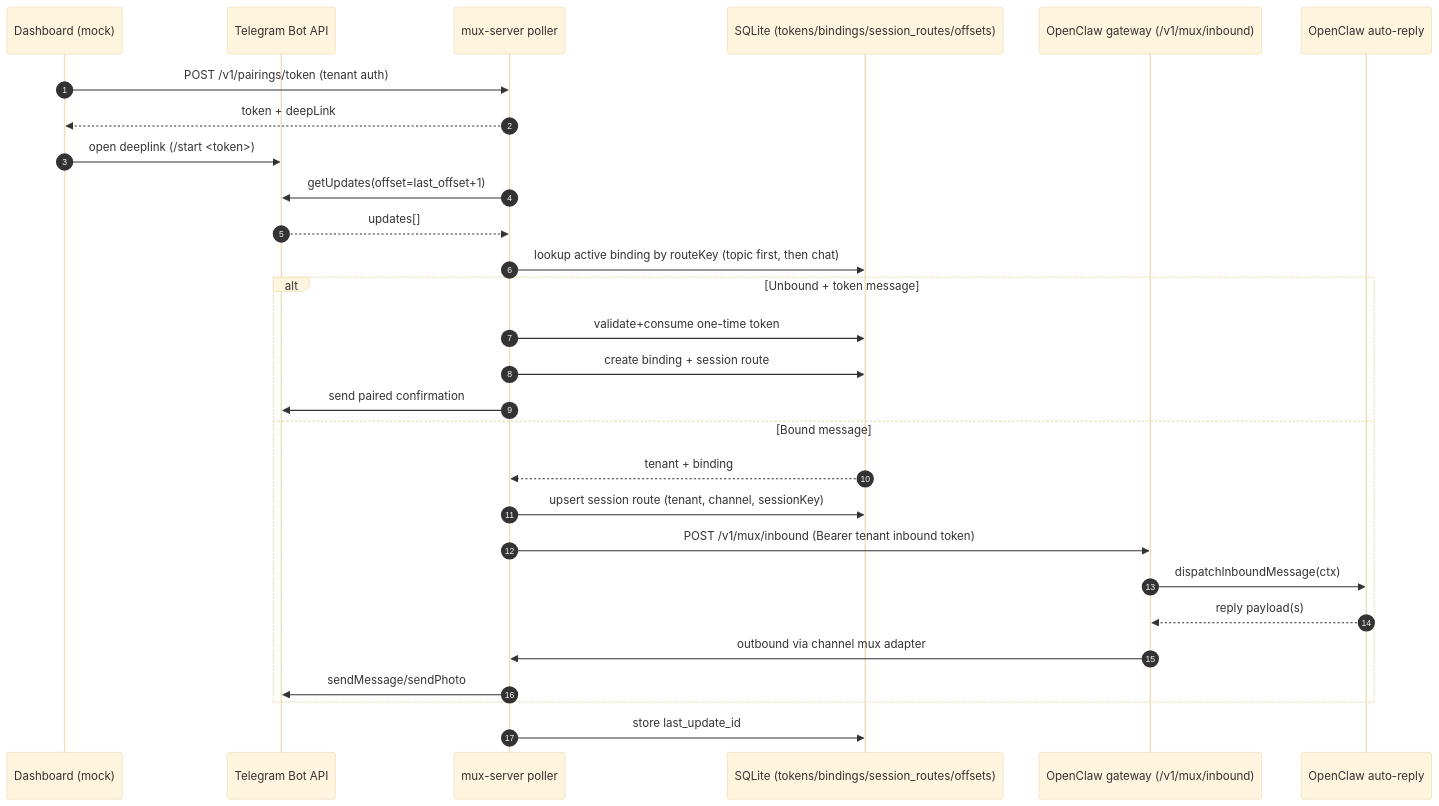
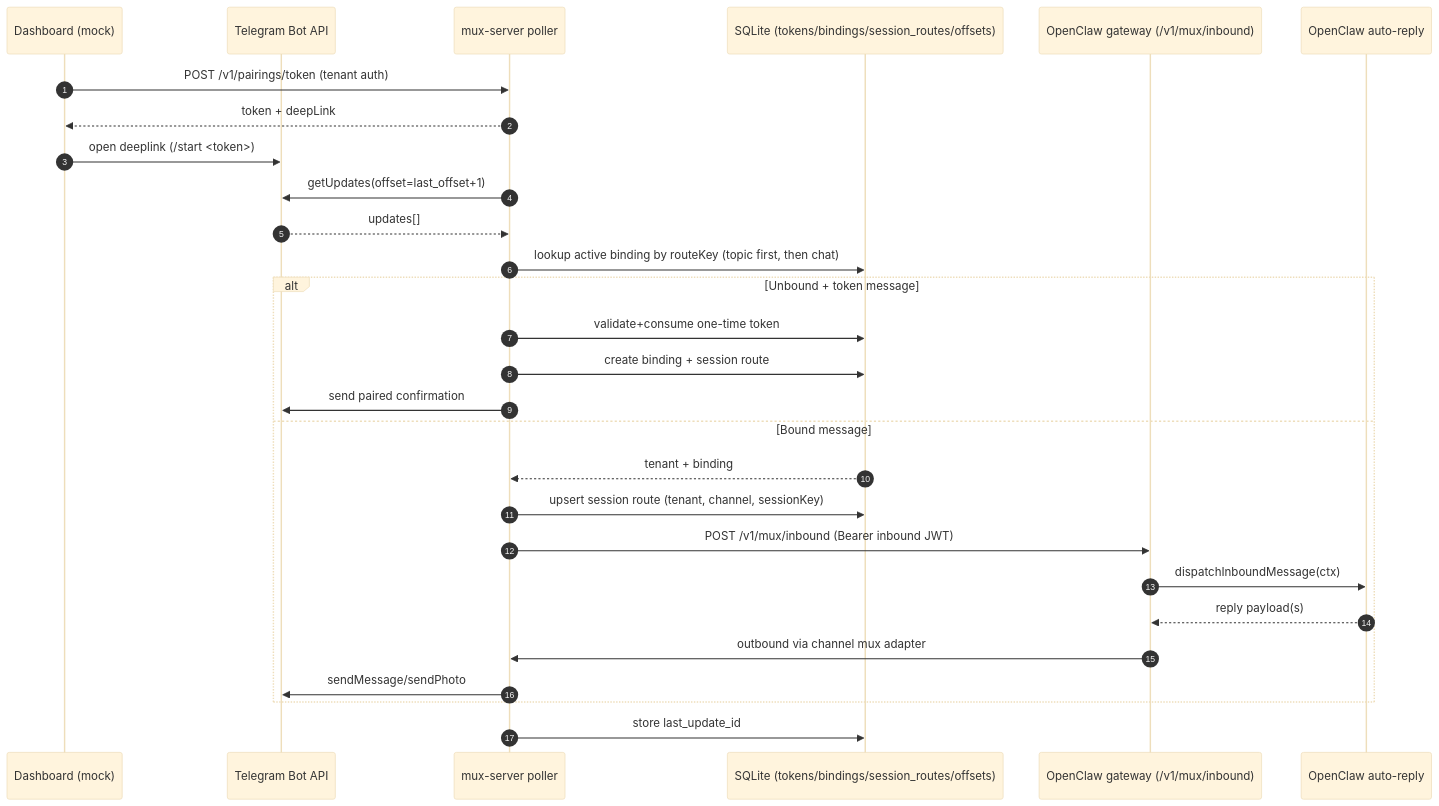
One commit to h4x3rotab/openclaw changed the first of 2 diagrams in mux-server/README.md. Above: the diagram before and after it, drawn with Mermaid (base theme). The commit also changed other lines of this file and 4 other files, not shown here.

Commit message:
mux-server: remove tenant inbound-target and admin bootstrap

````diff
--- a/mux-server/README.md
+++ b/mux-server/README.md
@@ -686,31 +674,31 @@
 ```mermaid
 sequenceDiagram
   autonumber
   participant UI as Dashboard (mock)
   participant TG as Telegram Bot API
   participant MUX as mux-server poller
   participant DB as SQLite (tokens/bindings/session_routes/offsets)
   participant OC as OpenClaw gateway (/v1/mux/inbound)
   participant AR as OpenClaw auto-reply
 
   UI->>MUX: POST /v1/pairings/token (tenant auth)
   MUX-->>UI: token + deepLink
   UI->>TG: open deeplink (/start <token>)
   MUX->>TG: getUpdates(offset=last_offset+1)
   TG-->>MUX: updates[]
   MUX->>DB: lookup active binding by routeKey (topic first, then chat)
   alt Unbound + token message
     MUX->>DB: validate+consume one-time token
     MUX->>DB: create binding + session route
     MUX->>TG: send paired confirmation
   else Bound message
     DB-->>MUX: tenant + binding
     MUX->>DB: upsert session route (tenant, channel, sessionKey)
-    MUX->>OC: POST /v1/mux/inbound (Bearer tenant inbound token)
+    MUX->>OC: POST /v1/mux/inbound (Bearer inbound JWT)
     OC->>AR: dispatchInboundMessage(ctx)
     AR-->>OC: reply payload(s)
     OC->>MUX: outbound via channel mux adapter
     MUX->>TG: sendMessage/sendPhoto
   end
   MUX->>DB: store last_update_id
 ```
````
